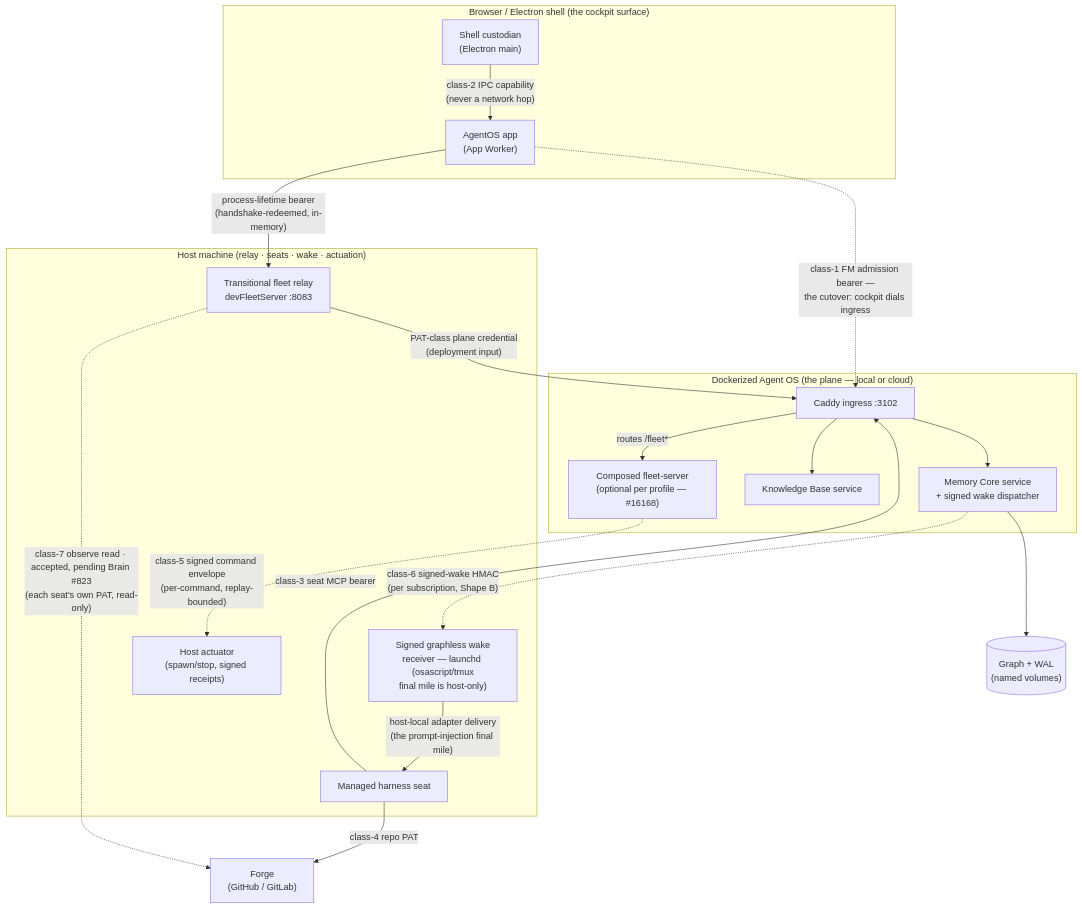
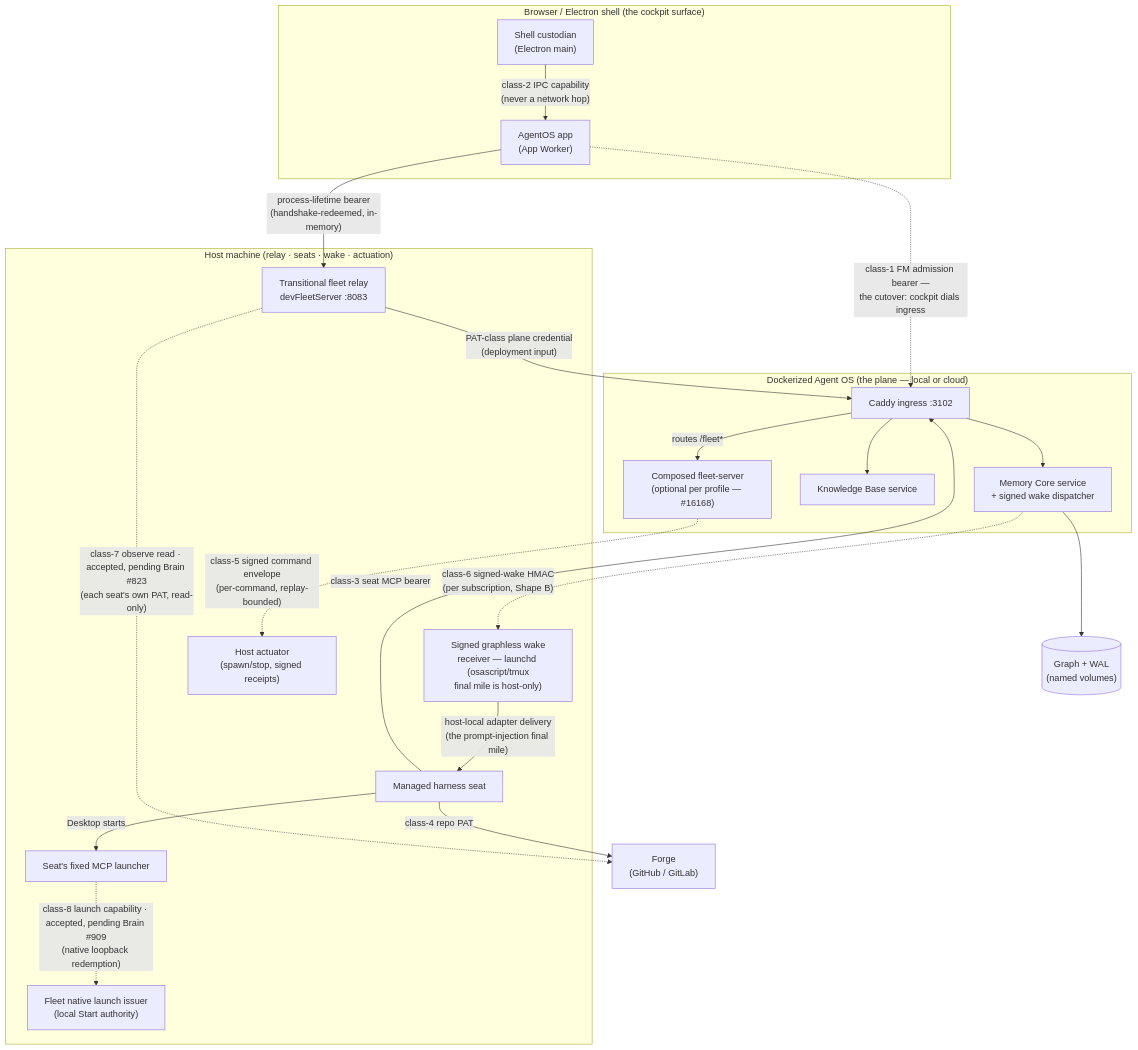
Before and after one commit to neomjs/neo: the first of 6 diagrams in learn/agentos/FleetManagerArchitecture.md, drawn with Mermaid. The commit also changed other lines of this file and 1 other file, not shown here.

Commit message:
docs(fleet): declare native MCP launch admission (#19438) (#19439)
* docs(fleet): declare native MCP launch admission (#19438)

* docs(fleet): align the native admission diagram (#19438)

````diff
--- a/learn/agentos/FleetManagerArchitecture.md
+++ b/learn/agentos/FleetManagerArchitecture.md
@@ -17,39 +17,43 @@
 ```mermaid
 flowchart TD
     subgraph Shell["Browser / Electron shell (the cockpit surface)"]
         Main["Shell custodian<br/>(Electron main)"]
         Page["AgentOS app<br/>(App Worker)"]
     end
 
     subgraph Host["Host machine (relay · seats · wake · actuation)"]
         Transport["Transitional fleet relay<br/>devFleetServer :8083"]
         Seat["Managed harness seat"]
+        Launcher["Seat's fixed MCP launcher"]
+        LaunchIssuer["Fleet native launch issuer<br/>(local Start authority)"]
         Receiver["Signed graphless wake<br/>receiver — launchd (osascript/tmux<br/>final mile is host-only)"]
         Actuator["Host actuator<br/>(spawn/stop, signed receipts)"]
     end
 
     subgraph Plane["Dockerized Agent OS (the plane — local or cloud)"]
         Ingress["Caddy ingress :3102"]
         MC["Memory Core service<br/>+ signed wake dispatcher"]
         KB["Knowledge Base service"]
         FS["Composed fleet-server<br/>(optional per profile — #16168)"]
     end
 
     Forge["Forge<br/>(GitHub / GitLab)"]
     GraphStore[("Graph + WAL<br/>(named volumes)")]
 
     Main -- "class-2 IPC capability<br/>(never a network hop)" --> Page
     Page -- "process-lifetime bearer<br/>(handshake-redeemed, in-memory)" --> Transport
     Transport -- "PAT-class plane credential<br/>(deployment input)" --> Ingress
     Page -. "class-1 FM admission bearer —<br/>the cutover: cockpit dials ingress" .-> Ingress
     Seat -- "class-3 seat MCP bearer" --> Ingress
     Seat -- "class-4 repo PAT" --> Forge
+    Seat -- "Desktop starts" --> Launcher
+    Launcher -. "class-8 launch capability · accepted, pending Brain #909<br/>(native loopback redemption)" .-> LaunchIssuer
     Transport -. "class-7 observe read · accepted, pending Brain #823<br/>(each seat's own PAT, read-only)" .-> Forge
     Ingress -- "routes /fleet*" --> FS
     Ingress --> MC
     Ingress --> KB
     MC --> GraphStore
     MC -. "class-6 signed-wake HMAC<br/>(per subscription, Shape B)" .-> Receiver
     Receiver -- "host-local adapter delivery<br/>(the prompt-injection final mile)" --> Seat
     FS -. "class-5 signed command envelope<br/>(per-command, replay-bounded)" .-> Actuator
 ```
````
